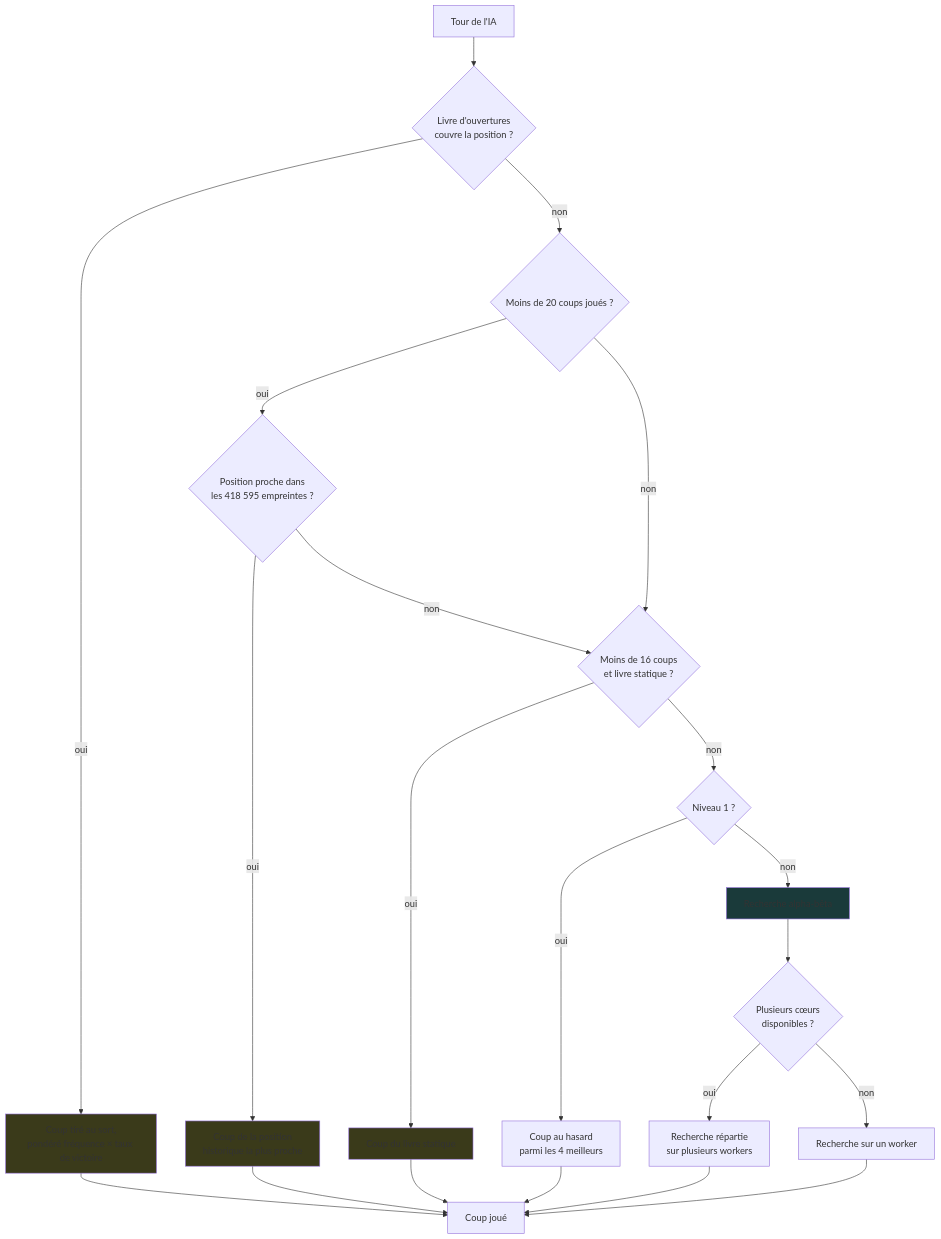
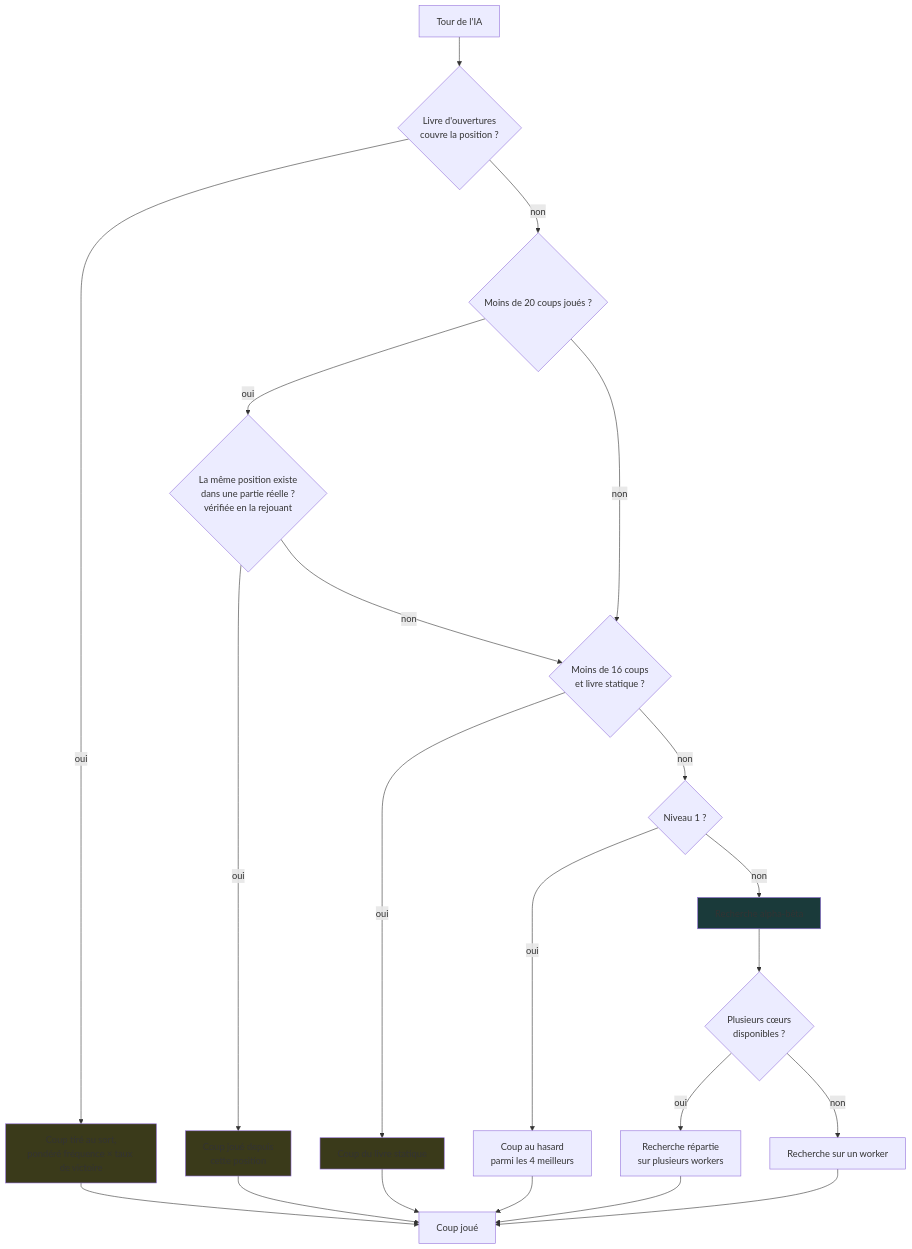
Before and after one commit to ocj94/Abalassembly: the first of 3 diagrams in docs-fr/Architecture.fr.md, drawn with Mermaid. The commit also changed other lines of this file and 12 other files, not shown here.

````diff
--- a/docs-fr/Architecture.fr.md
+++ b/docs-fr/Architecture.fr.md
@@ -15,28 +15,28 @@
 ```mermaid
 flowchart TD
     A[Tour de l'IA] --> B{Livre d'ouvertures<br/>couvre la position ?}
     B -->|oui| B1[Coup tiré au sort,<br/>pondéré fréquence × taux de victoire]
     B -->|non| C{Moins de 20 coups joués ?}
-    C -->|oui| C1{Position proche dans<br/>les 418 595 empreintes ?}
-    C1 -->|oui| C2[Coup de la position<br/>historique la plus proche]
+    C -->|oui| C1{La même position existe<br/>dans une partie réelle ?<br/>vérifiée en la rejouant}
+    C1 -->|oui| C2[Coup joué depuis<br/>cette position]
     C1 -->|non| D
     C -->|non| D{Moins de 16 coups<br/>et livre statique ?}
     D -->|oui| D1[Coup du livre statique]
     D -->|non| E{Niveau 1 ?}
     E -->|oui| E1[Coup au hasard<br/>parmi les 4 meilleurs]
     E -->|non| F[Recherche alpha-bêta]
     F --> G{Plusieurs cœurs<br/>disponibles ?}
     G -->|oui| G1[Recherche répartie<br/>sur plusieurs workers]
     G -->|non| G2[Recherche sur un worker]
     G1 --> H[Coup joué]
     G2 --> H
     B1 --> H
     C2 --> H
     D1 --> H
     E1 --> H
 
     style B1 fill:#3a3a1a
     style C2 fill:#3a3a1a
     style D1 fill:#3a3a1a
     style F fill:#1a3a3a
 ```
````
